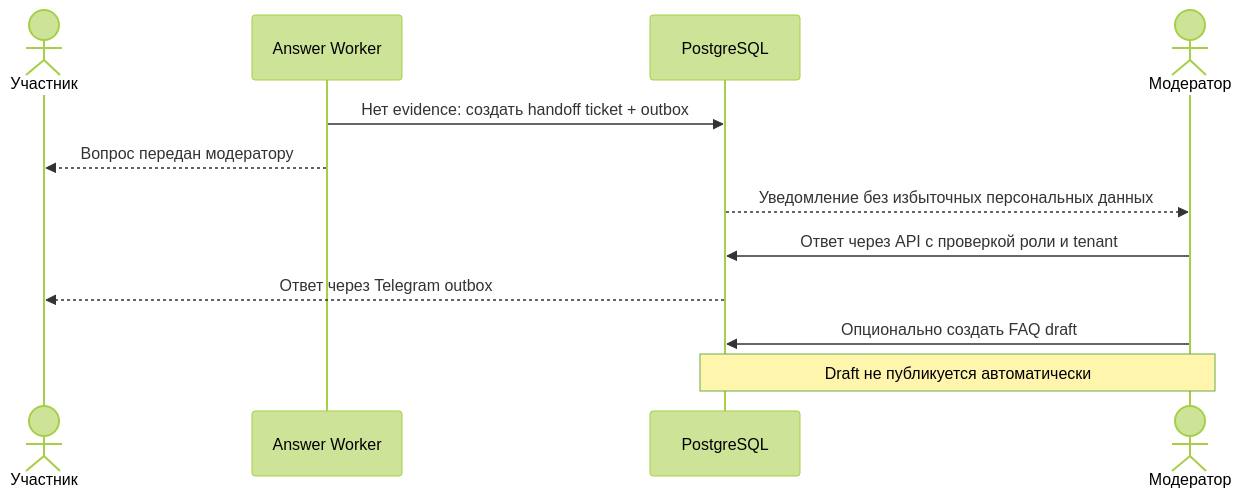
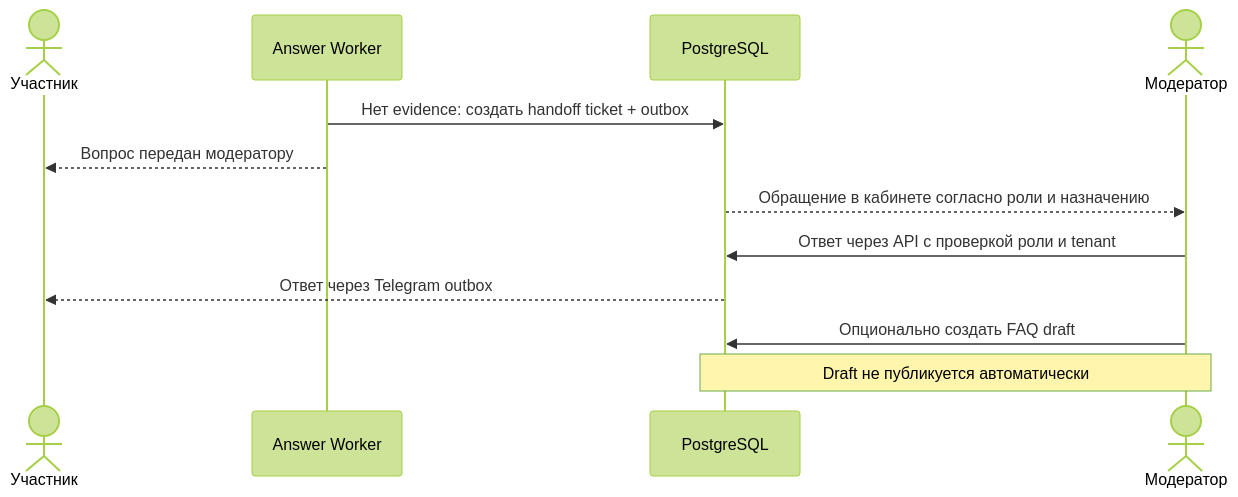
Before and after one commit to Feruum/OpenFacto: the eighth of 8 diagrams in docs/openfacto/ARCHITECTURE.md, drawn with Mermaid (forest theme). The commit also changed other lines of this file and 1379 other files, not shown here.

````diff
--- a/docs/openfacto/ARCHITECTURE.md
+++ b/docs/openfacto/ARCHITECTURE.md
@@ -131,14 +200,14 @@
 ```mermaid
 sequenceDiagram
   actor User as Участник
   participant W as Answer Worker
   participant DB as PostgreSQL
   actor Mod as Модератор
   W->>DB: Нет evidence: создать handoff ticket + outbox
   W-->>User: Вопрос передан модератору
-  DB-->>Mod: Уведомление без избыточных персональных данных
+  DB-->>Mod: Обращение в кабинете согласно роли и назначению
   Mod->>DB: Ответ через API с проверкой роли и tenant
   DB-->>User: Ответ через Telegram outbox
   Mod->>DB: Опционально создать FAQ draft
   Note over Mod,DB: Draft не публикуется автоматически
 ```
````
